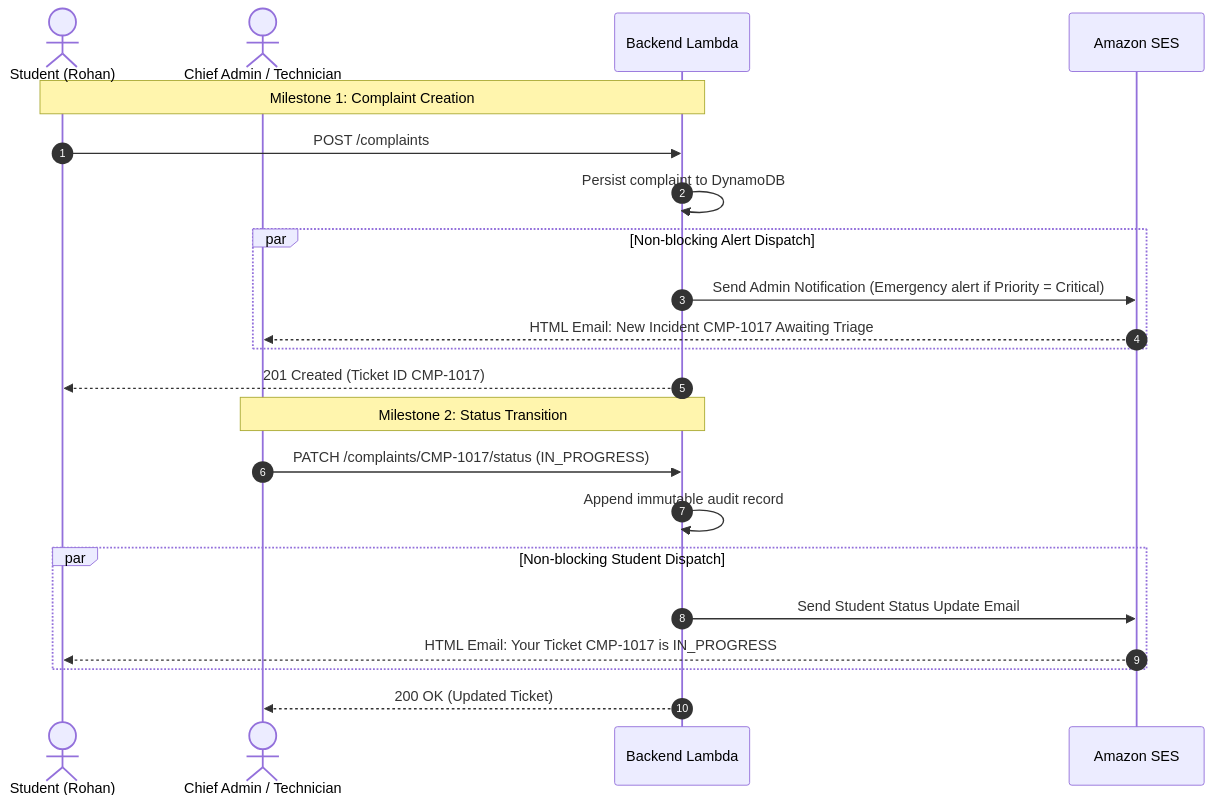
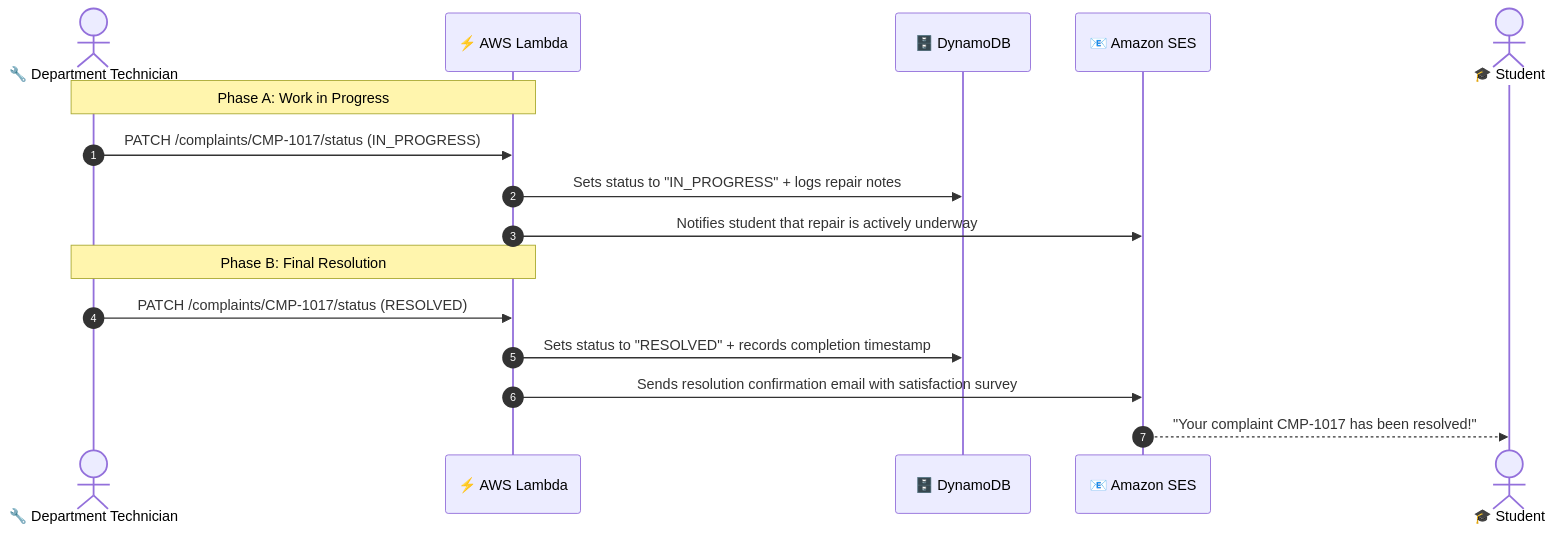
The fourth of 5 diagrams in README.md (Ranjitpatra26/CAMPUS-FIX), drawn with Mermaid before and after one commit. The commit also changed other lines of this file and 9 other files, not shown here.

````diff
--- a/README.md
+++ b/README.md
@@ -224,26 +249,20 @@
 ```mermaid
 sequenceDiagram
     autonumber
-    actor Student as Student (Rohan)
-    actor Admin as Chief Admin / Technician
-    participant Lambda as Backend Lambda
-    participant SES as Amazon SES
+    actor Staff as 🔧 Department Technician
+    participant Lambda as ⚡ AWS Lambda
+    participant DynamoDB as 🗄️ DynamoDB
+    participant SES as 📧 Amazon SES
+    actor Student as 🎓 Student
 
-    Note over Student,Lambda: Milestone 1: Complaint Creation
-    Student->>Lambda: POST /complaints
-    Lambda->>Lambda: Persist complaint to DynamoDB
-    par Non-blocking Alert Dispatch
-        Lambda->>SES: Send Admin Notification (Emergency alert if Priority = Critical)
-        SES-->>Admin: HTML Email: New Incident CMP-1017 Awaiting Triage
-    end
-    Lambda-->>Student: 201 Created (Ticket ID CMP-1017)
+    Note over Staff,Lambda: Phase A: Work in Progress
+    Staff->>Lambda: PATCH /complaints/CMP-1017/status (IN_PROGRESS)
+    Lambda->>DynamoDB: Sets status to "IN_PROGRESS" + logs repair notes
+    Lambda->>SES: Notifies student that repair is actively underway
 
-    Note over Admin,Lambda: Milestone 2: Status Transition
-    Admin->>Lambda: PATCH /complaints/CMP-1017/status (IN_PROGRESS)
-    Lambda->>Lambda: Append immutable audit record
-    par Non-blocking Student Dispatch
-        Lambda->>SES: Send Student Status Update Email
-        SES-->>Student: HTML Email: Your Ticket CMP-1017 is IN_PROGRESS
-    end
-    Lambda-->>Admin: 200 OK (Updated Ticket)
+    Note over Staff,Lambda: Phase B: Final Resolution
+    Staff->>Lambda: PATCH /complaints/CMP-1017/status (RESOLVED)
+    Lambda->>DynamoDB: Sets status to "RESOLVED" + records completion timestamp
+    Lambda->>SES: Sends resolution confirmation email with satisfaction survey
+    SES-->>Student: "Your complaint CMP-1017 has been resolved!"
 ```
````
